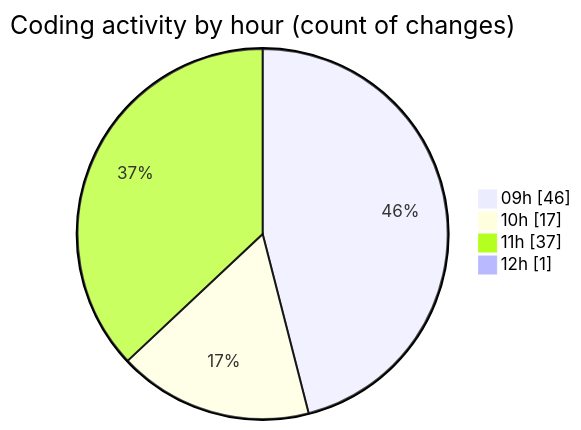
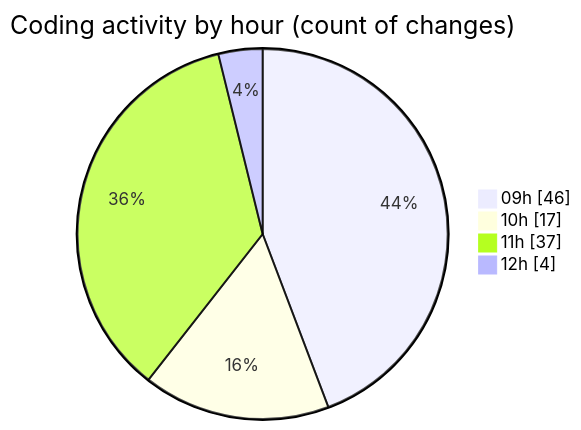
One commit to momahboobian/code-tracking changed the second of 2 diagrams in 2025-03-25/cda/README.md. Above: the diagram before and after it, drawn with Mermaid. The commit also changed other lines of this file and 1 other file, not shown here.

````diff
--- a/2025-03-25/cda/README.md
+++ b/2025-03-25/cda/README.md
@@ -50,8 +50,8 @@
 ```mermaid
 pie showData
 title Coding activity by hour (count of changes)
 "09h" : 46
 "10h" : 17
 "11h" : 37
-"12h" : 1
+"12h" : 4
 ```
````
